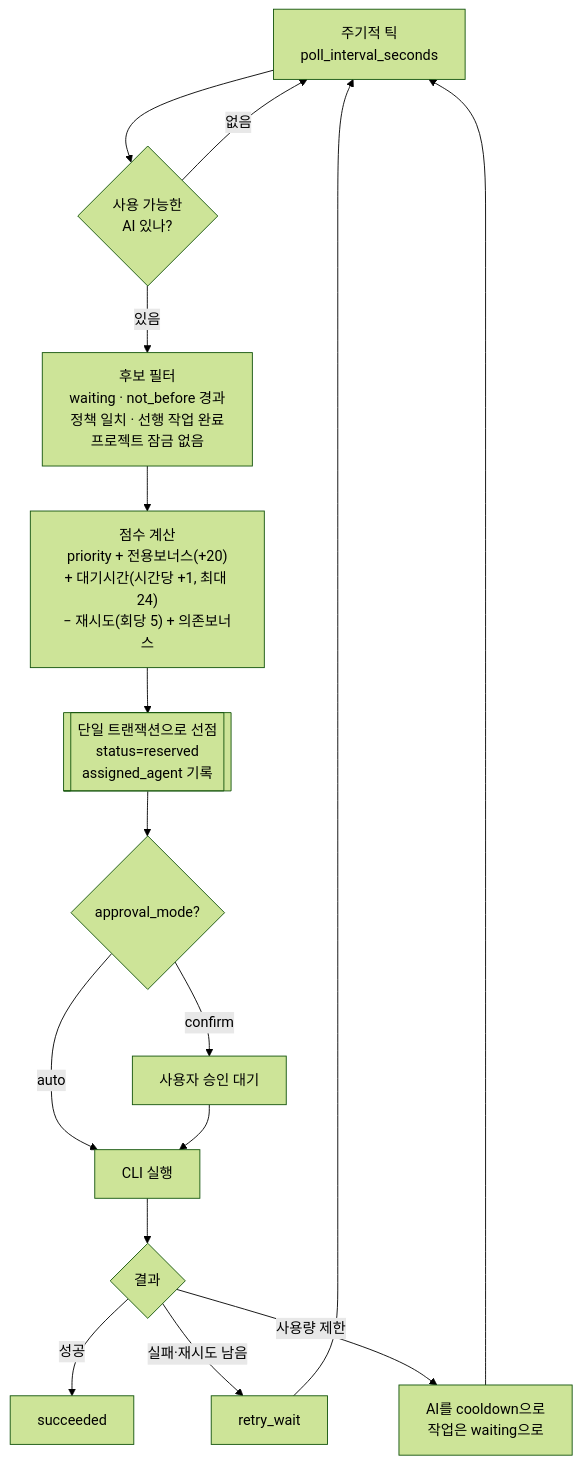
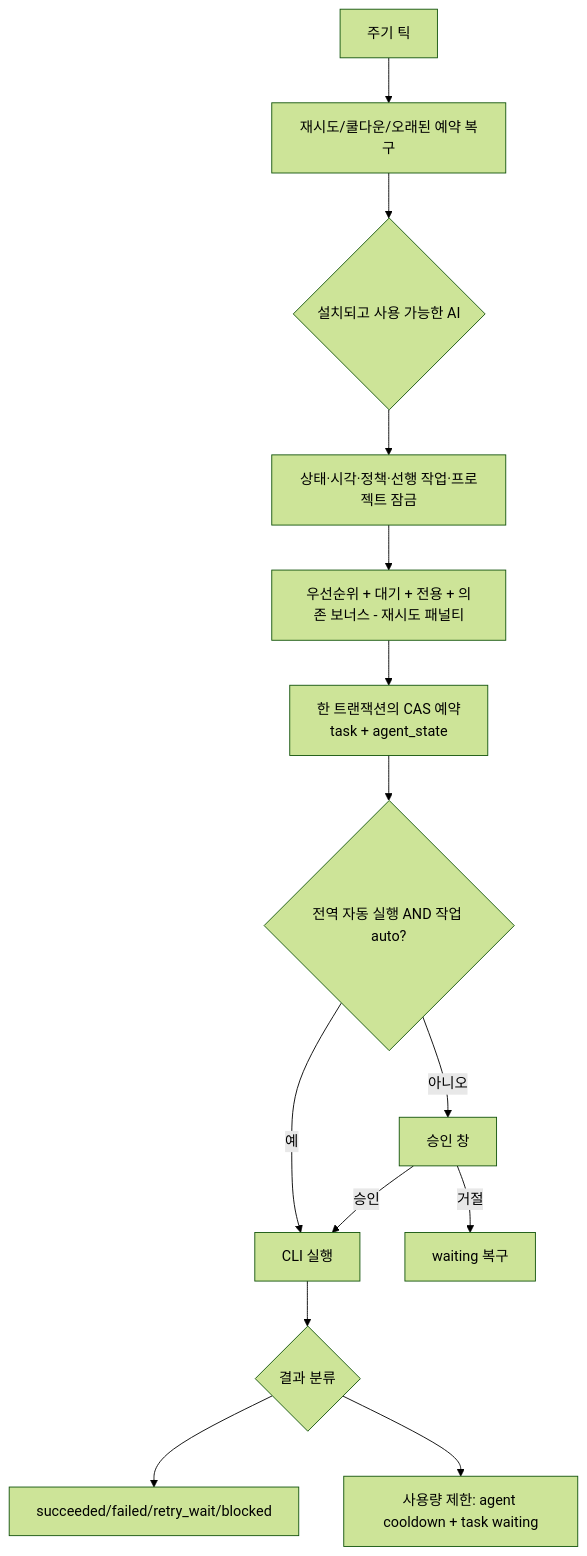
Before and after one commit to jasonwpgml/AQR: the fourth of 4 diagrams in ai-queue-runner/docs/ARCHITECTURE.md, drawn with Mermaid (forest theme). The commit also changed other lines of this file and 57 other files, not shown here.

````diff
--- a/ai-queue-runner/docs/ARCHITECTURE.md
+++ b/ai-queue-runner/docs/ARCHITECTURE.md
@@ -133,15 +146,16 @@
 ```mermaid
 flowchart TD
-    TICK[주기적 틱<br/>poll_interval_seconds] --> AVAIL{사용 가능한<br/>AI 있나?}
-    AVAIL -- 없음 --> TICK
-    AVAIL -- 있음 --> FILTER[후보 필터<br/>waiting · not_before 경과<br/>정책 일치 · 선행 작업 완료<br/>프로젝트 잠금 없음]
-    FILTER --> SCORE["점수 계산<br/>priority + 전용보너스(+20)<br/>+ 대기시간(시간당 +1, 최대 24)<br/>− 재시도(회당 5) + 의존보너스"]
-    SCORE --> RESERVE[["단일 트랜잭션으로 선점<br/>status=reserved<br/>assigned_agent 기록"]]
-    RESERVE --> APPROVE{approval_mode?}
-    APPROVE -- auto --> RUN[CLI 실행]
-    APPROVE -- confirm --> WAIT_USER[사용자 승인 대기] --> RUN
-    RUN --> RESULT{결과}
-    RESULT -- 성공 --> DONE[succeeded]
-    RESULT -- 실패·재시도 남음 --> RETRY[retry_wait] --> TICK
-    RESULT -- 사용량 제한 --> COOL[AI를 cooldown으로<br/>작업은 waiting으로] --> TICK
+    TICK[주기 틱] --> MAINT[재시도/쿨다운/오래된 예약 복구]
+    MAINT --> AG{설치되고 사용 가능한 AI}
+    AG --> FILTER[상태·시각·정책·선행 작업·프로젝트 잠금]
+    FILTER --> SCORE[우선순위 + 대기 + 전용 + 의존 보너스 - 재시도 패널티]
+    SCORE --> CAS[한 트랜잭션의 CAS 예약\ntask + agent_state]
+    CAS --> APPROVE{전역 자동 실행 AND 작업 auto?}
+    APPROVE -- 아니오 --> USER[승인 창]
+    USER -- 승인 --> RUN
+    USER -- 거절 --> WAIT[waiting 복구]
+    APPROVE -- 예 --> RUN[CLI 실행]
+    RUN --> RESULT{결과 분류}
+    RESULT --> DONE[succeeded/failed/retry_wait/blocked]
+    RESULT --> LIMIT[사용량 제한: agent cooldown + task waiting]
 ```
````
